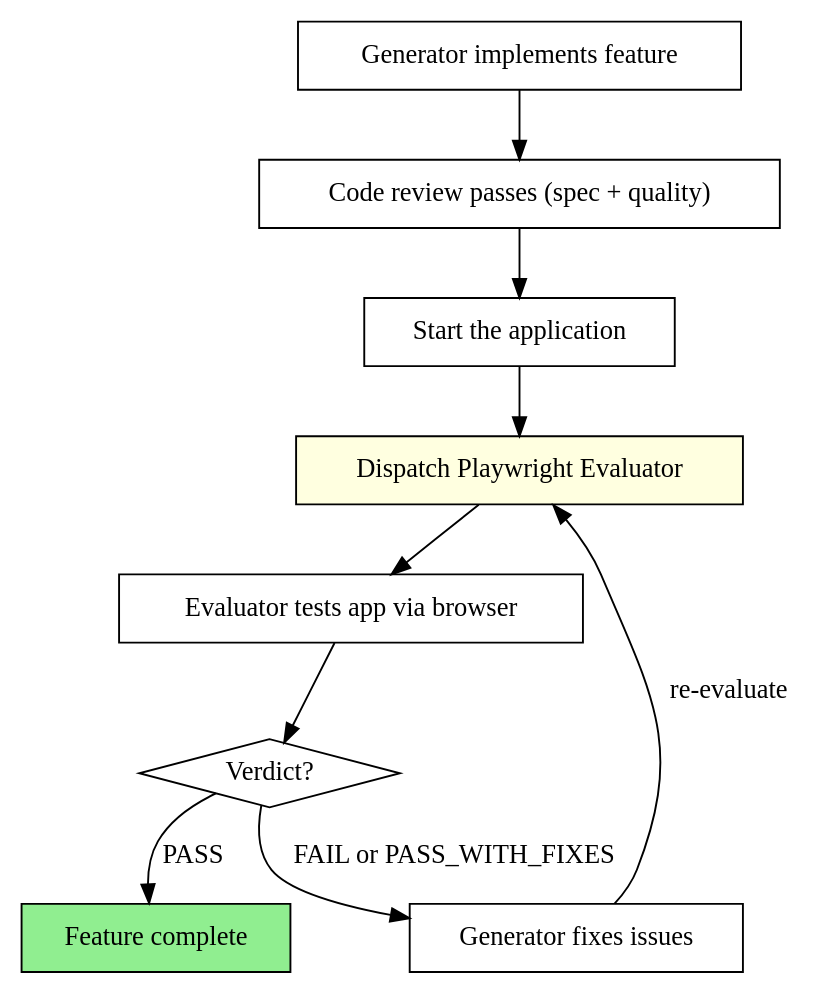
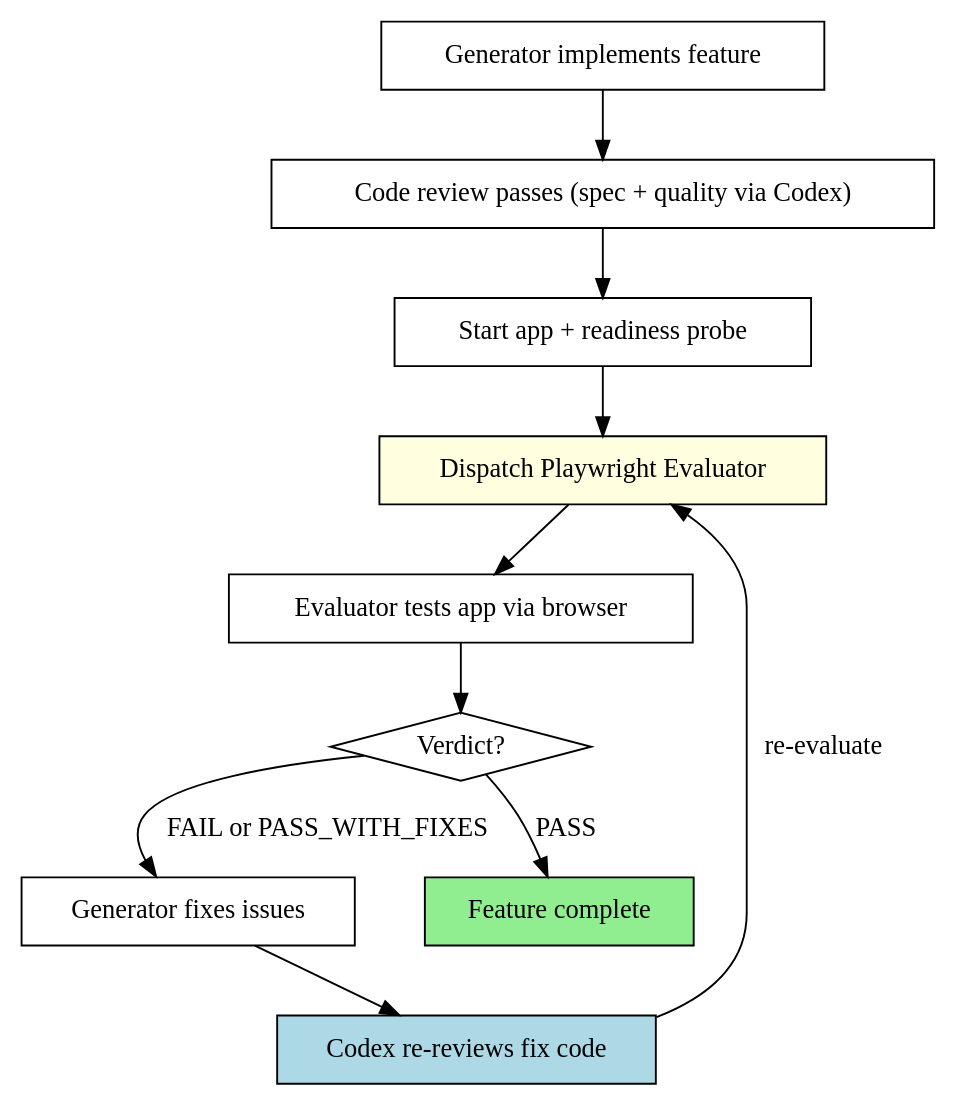
The second of 2 diagrams in skills/web-app-evaluation/SKILL.md (cateyelow/superpowers-custom), drawn with Graphviz before and after one commit. The commit also changed other lines of this file and 7 other files, not shown here.

````diff
--- a/skills/web-app-evaluation/SKILL.md
+++ b/skills/web-app-evaluation/SKILL.md
@@ -42,23 +48,25 @@
 ```dot
 digraph eval_loop {
     rankdir=TB;
 
     "Generator implements feature" [shape=box];
-    "Code review passes (spec + quality)" [shape=box];
-    "Start the application" [shape=box];
+    "Code review passes (spec + quality via Codex)" [shape=box];
+    "Start app + readiness probe" [shape=box];
     "Dispatch Playwright Evaluator" [shape=box style=filled fillcolor=lightyellow];
     "Evaluator tests app via browser" [shape=box];
     "Verdict?" [shape=diamond];
     "Generator fixes issues" [shape=box];
+    "Codex re-reviews fix code" [shape=box style=filled fillcolor=lightblue];
     "Feature complete" [shape=box style=filled fillcolor=lightgreen];
 
-    "Generator implements feature" -> "Code review passes (spec + quality)";
-    "Code review passes (spec + quality)" -> "Start the application";
-    "Start the application" -> "Dispatch Playwright Evaluator";
+    "Generator implements feature" -> "Code review passes (spec + quality via Codex)";
+    "Code review passes (spec + quality via Codex)" -> "Start app + readiness probe";
+    "Start app + readiness probe" -> "Dispatch Playwright Evaluator";
     "Dispatch Playwright Evaluator" -> "Evaluator tests app via browser";
     "Evaluator tests app via browser" -> "Verdict?";
     "Verdict?" -> "Generator fixes issues" [label="FAIL or PASS_WITH_FIXES"];
-    "Generator fixes issues" -> "Dispatch Playwright Evaluator" [label="re-evaluate"];
+    "Generator fixes issues" -> "Codex re-reviews fix code";
+    "Codex re-reviews fix code" -> "Dispatch Playwright Evaluator" [label="re-evaluate"];
     "Verdict?" -> "Feature complete" [label="PASS"];
 }
 ```
````
